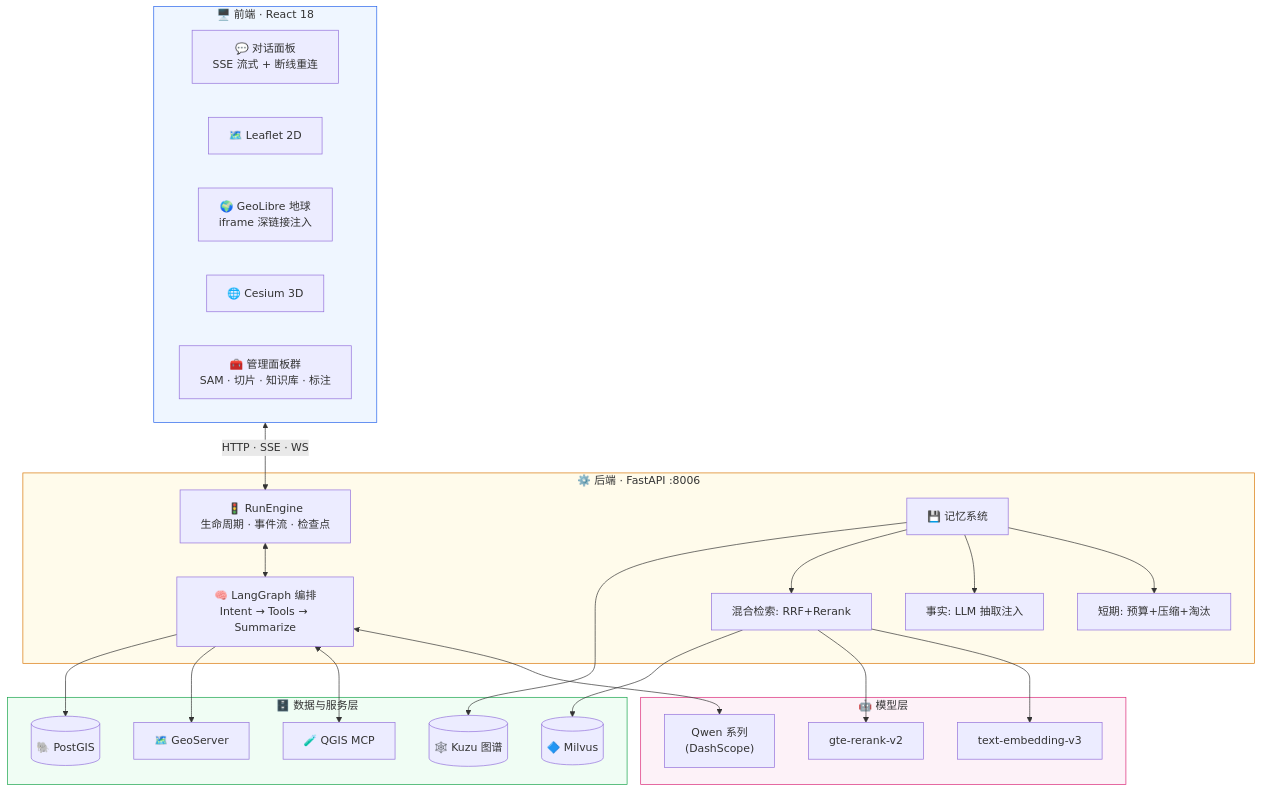
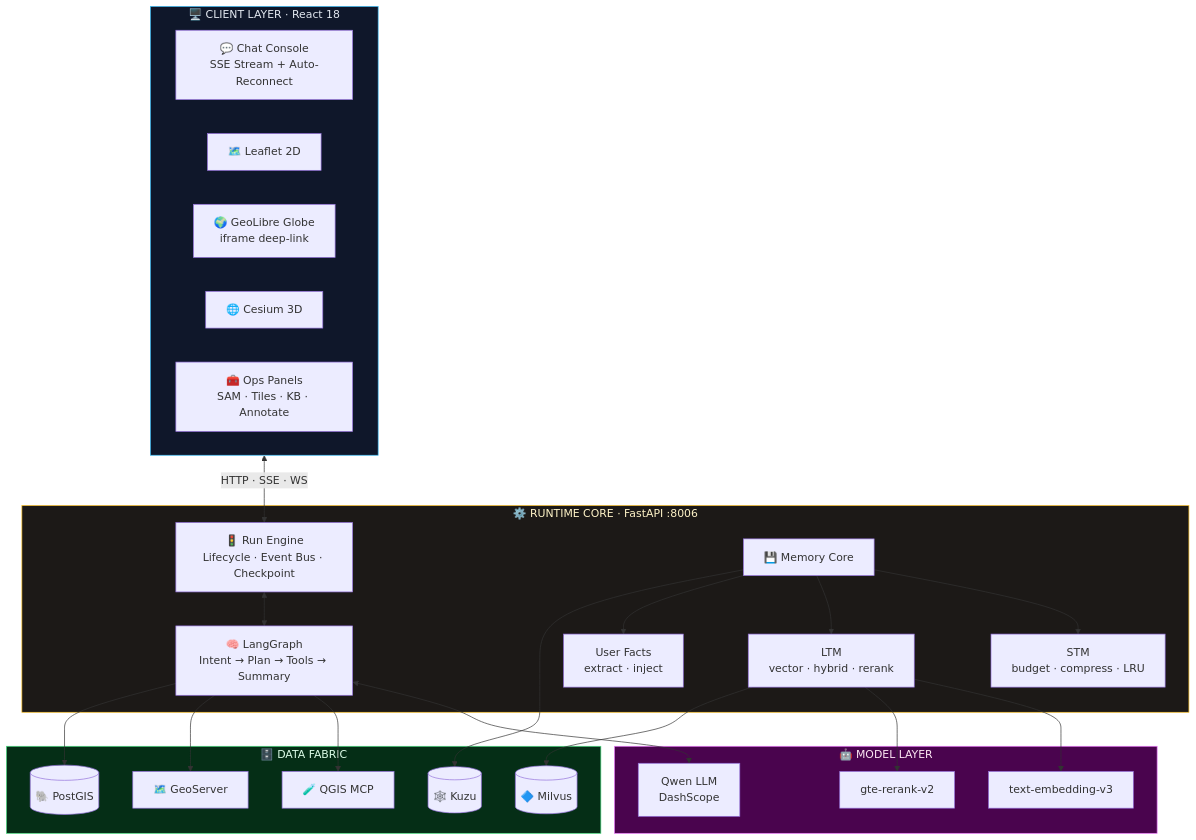
The first of 2 diagrams in README.md (PotatoH-cmd/Smart_Map), drawn with Mermaid before and after one commit. The commit also changed other lines of this file, not shown here.

````diff
--- a/README.md
+++ b/README.md
@@ -77,47 +101,50 @@
 ```mermaid
 graph TB
-    subgraph FE["🖥️ 前端 · React 18"]
-        Chat["💬 对话面板<br/>SSE 流式 + 断线重连"]
+    subgraph FE["🖥️ CLIENT LAYER · React 18"]
+        Chat["💬 Chat Console<br/>SSE Stream + Auto-Reconnect"]
         Map2D["🗺️ Leaflet 2D"]
-        Globe["🌍 GeoLibre 地球<br/>iframe 深链接注入"]
+        Globe["🌍 GeoLibre Globe<br/>iframe deep-link"]
         Map3D["🌐 Cesium 3D"]
-        Panels["🧰 管理面板群<br/>SAM · 切片 · 知识库 · 标注"]
+        Panels["🧰 Ops Panels<br/>SAM · Tiles · KB · Annotate"]
     end
 
-    subgraph BE["⚙️ 后端 · FastAPI :8006"]
-        Engine["🚦 RunEngine<br/>生命周期 · 事件流 · 检查点"]
-        Graph["🧠 LangGraph 编排<br/>Intent → Tools → Summarize"]
-        Memory["💾 记忆系统"]
-        Short["短期: 预算+压缩+淘汰"]
-        Fact["事实: LLM 抽取注入"]
-        Hybrid["混合检索: RRF+Rerank"]
-        Memory --> Short & Fact & Hybrid
+    subgraph BE["⚙️ RUNTIME CORE · FastAPI :8006"]
+        Engine["🚦 Run Engine<br/>Lifecycle · Event Bus · Checkpoint"]
+        Graph["🧠 LangGraph<br/>Intent → Plan → Tools → Summary"]
+        Memory["💾 Memory Core"]
+        Short["STM<br/>budget · compress · LRU"]
+        LTM["LTM<br/>vector · hybrid · rerank"]
+        Facts["User Facts<br/>extract · inject"]
+        Memory --> Short & LTM & Facts
     end
 
-    subgraph AI["🤖 模型层"]
-        LLM["Qwen 系列<br/>(DashScope)"]
+    subgraph AI["🤖 MODEL LAYER"]
+        LLM["Qwen LLM<br/>DashScope"]
         EMB["text-embedding-v3"]
-        RERANK["gte-rerank-v2"]
+        RRK["gte-rerank-v2"]
     end
 
-    subgraph DATA["🗄️ 数据与服务层"]
+    subgraph DATA["🗄️ DATA FABRIC"]
         PG[("🐘 PostGIS")]
-        MILVUS[("🔷 Milvus")]
+        MIL[("🔷 Milvus")]
         GS["🗺️ GeoServer"]
         QGIS["🧪 QGIS MCP"]
-        KUZU[("🕸️ Kuzu 图谱")]
+        KUZU[("🕸️ Kuzu")]
     end
 
     FE <-->|"HTTP · SSE · WS"| Engine
     Engine <--> Graph
     Graph <--> LLM
-    Hybrid --> EMB & RERANK & MILVUS
-    Graph <--> QGIS
-    Graph --> GS & PG
+    LTM --> EMB & RRK & MIL
+    Graph --> QGIS & GS & PG
     Memory --> KUZU
 
-    style FE fill:#eff6ff,stroke:#2563eb
-    style BE fill:#fffbeb,stroke:#d97706
-    style AI fill:#fdf2f8,stroke:#db2777
-    style DATA fill:#f0fdf4,stroke:#16a34a
+    classDef fe fill:#0f172a,stroke:#38bdf8,color:#e2e8f0
+    classDef be fill:#1c1917,stroke:#fbbf24,color:#fef3c7
+    classDef ai fill:#4a044e,stroke:#e879f9,color:#fce7f3
+    classDef data fill:#052e16,stroke:#4ade80,color:#dcfce7
+    class FE fe
+    class BE be
+    class AI ai
+    class DATA data
 ```
````
